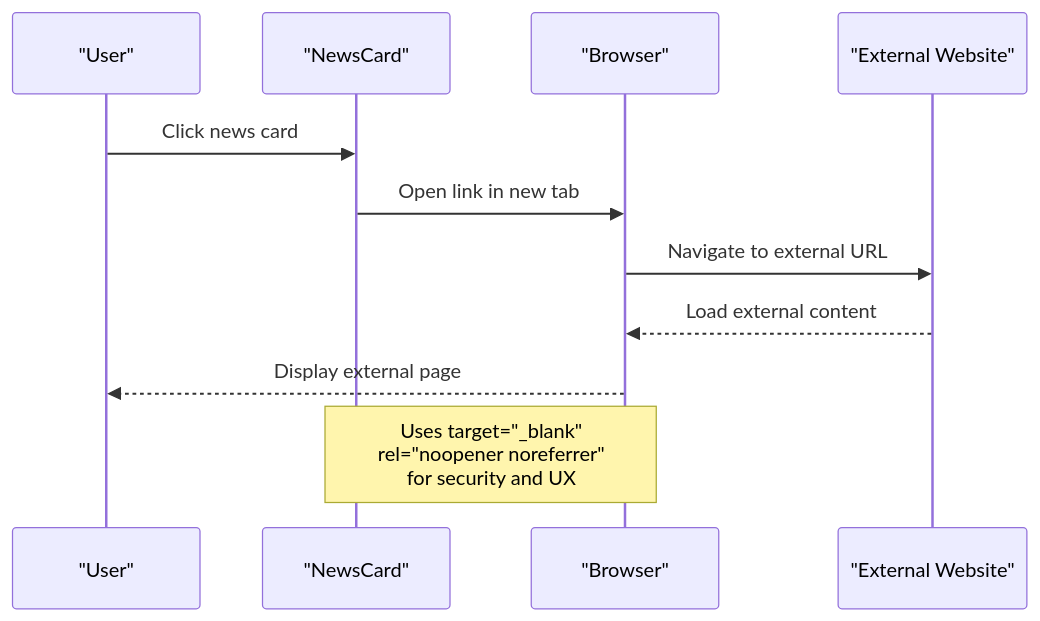
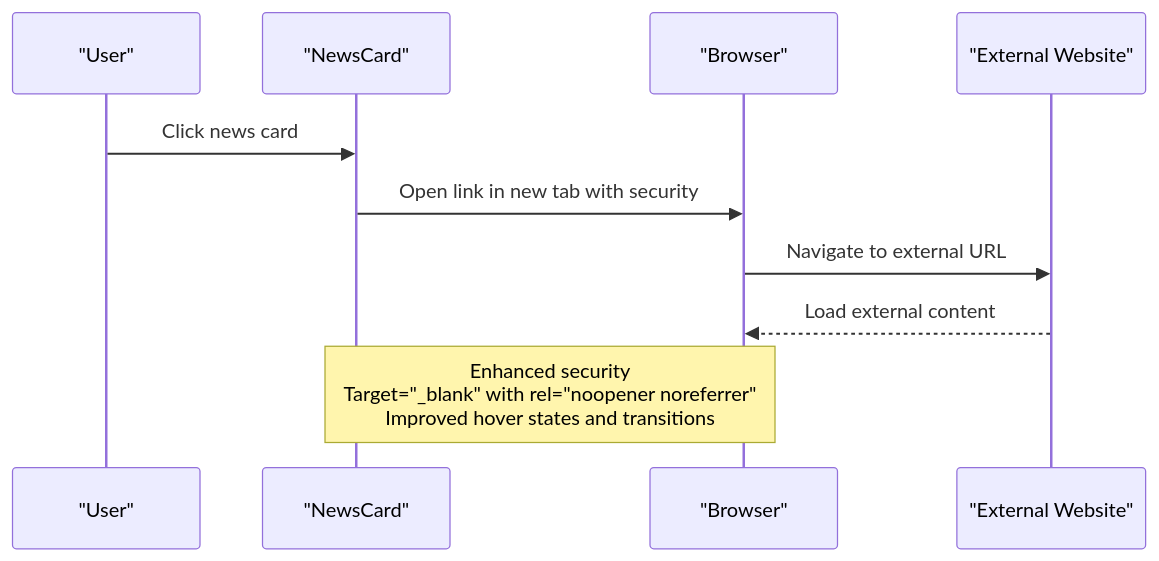
Before and after one commit to zbw-zbw/news-aggregator: the fifth of 9 diagrams in .qoder/repowiki/en/content/Frontend Application/NewsCard Component.md, drawn with Mermaid. The commit also changed other lines of this file and 4 other files, not shown here.

````diff
--- a/.qoder/repowiki/en/content/Frontend Application/NewsCard Component.md
+++ b/.qoder/repowiki/en/content/Frontend Application/NewsCard Component.md
@@ -176,13 +204,12 @@
 ```mermaid
 sequenceDiagram
 participant User as "User"
 participant Card as "NewsCard"
 participant Browser as "Browser"
 participant External as "External Website"
 User->>Card : Click news card
-Card->>Browser : Open link in new tab
+Card->>Browser : Open link in new tab with security
 Browser->>External : Navigate to external URL
 External-->>Browser : Load external content
-Browser-->>User : Display external page
-Note over Card,Browser : Uses target="_blank"<br/>rel="noopener noreferrer"<br/>for security and UX
+Note over Card,Browser : Enhanced security<br/>Target="_blank" with rel="noopener noreferrer"<br/>Improved hover states and transitions
 ```
````
